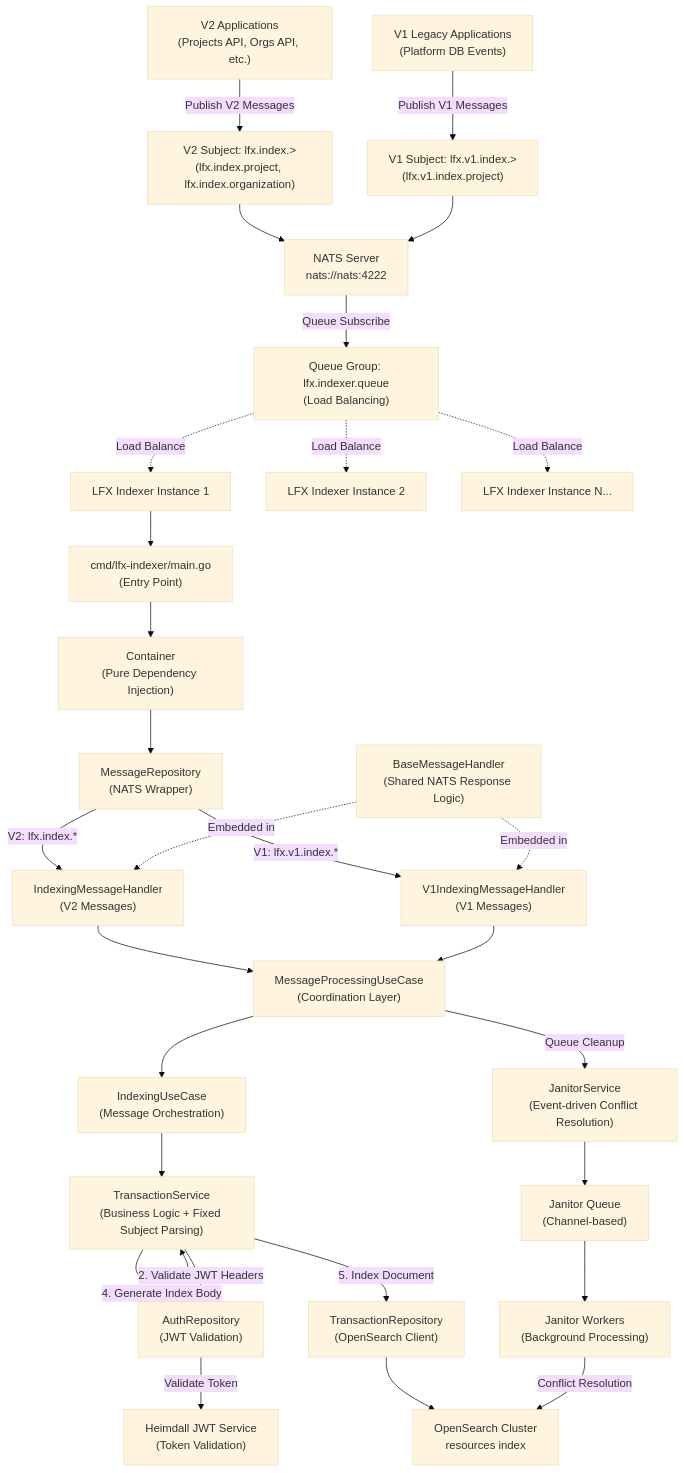
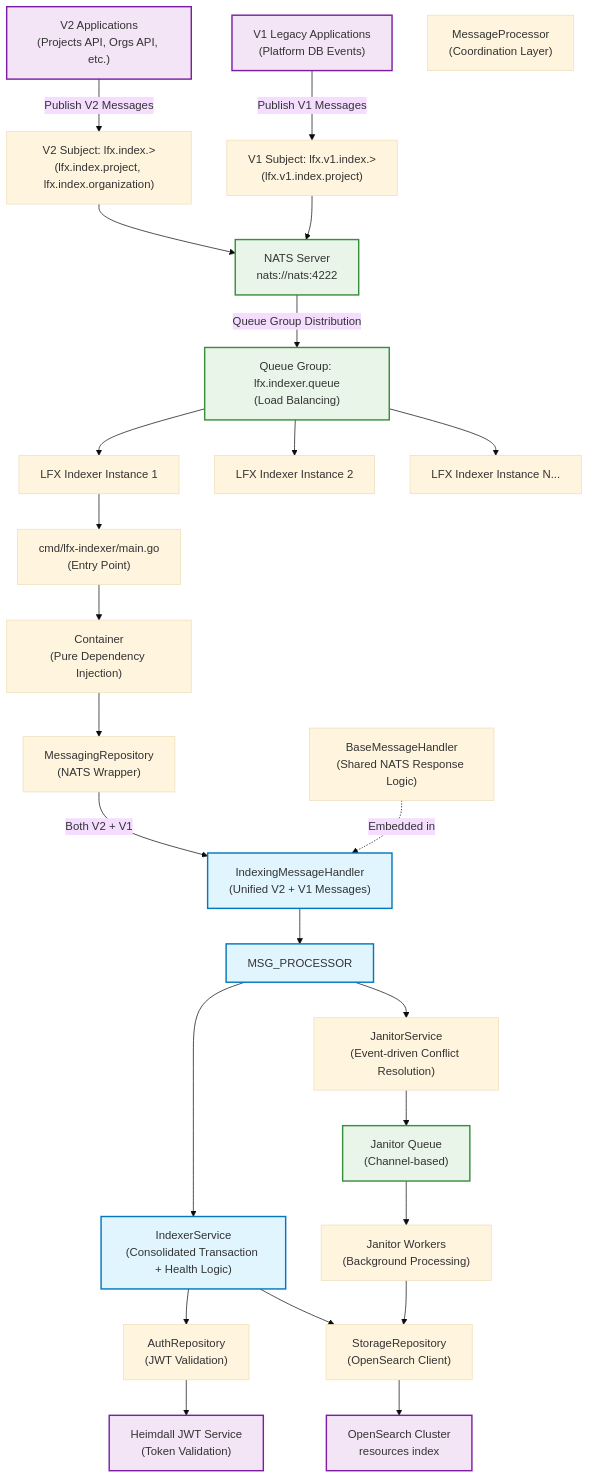
One commit to linuxfoundation/lfx-v2-indexer-service changed the first of 2 diagrams in README.md. Above: the diagram before and after it, drawn with Mermaid (base theme). The commit also changed other lines of this file and 51 other files, not shown here.

````diff
--- a/README.md
+++ b/README.md
@@ -131,23 +129,21 @@
     %% Clean Architecture Layers
     MAIN_GO["cmd/lfx-indexer/main.go<br/>(Entry Point)"]
     CONTAINER["Container<br/>(Pure Dependency Injection)"]
-    MSG_REPO["MessageRepository<br/>(NATS Wrapper)"]
+    MSG_REPO["MessagingRepository<br/>(NATS Wrapper)"]
     
     %% Presentation Layer
     BASE_HANDLER["BaseMessageHandler<br/>(Shared NATS Response Logic)"]
-    V2_HANDLER["IndexingMessageHandler<br/>(V2 Messages)"]
-    V1_HANDLER["V1IndexingMessageHandler<br/>(V1 Messages)"]
+    UNIFIED_HANDLER["IndexingMessageHandler<br/>(Unified V2 + V1 Messages)"]
     
-    %% Application Layer  
-    MSG_PROC_UC["MessageProcessingUseCase<br/>(Coordination Layer)"]
-    INDEXING_UC["IndexingUseCase<br/>(Message Orchestration)"]
+    %% Application Layer
+    INDEXING_UC["MessageProcessor<br/>(Coordination Layer)"]
     
-    %% Domain Layer
-    TRANSACTION_SVC["TransactionService<br/>(Business Logic + Fixed Subject Parsing)"]
+    %% Domain Layer (Consolidated)
+    INDEXER_SVC["IndexerService<br/>(Consolidated Transaction + Health Logic)"]
     AUTH_REPO["AuthRepository<br/>(JWT Validation)"]
     
     %% Infrastructure Layer
-    OPENSEARCH_REPO["TransactionRepository<br/>(OpenSearch Client)"]
+    STORAGE_REPO["StorageRepository<br/>(OpenSearch Client)"]
     OPENSEARCH["OpenSearch Cluster<br/>resources index"]
     
     %% Janitor System
@@ -165,46 +161,42 @@
     V2_SUBJECT --> NATS_SERVER
     V1_SUBJECT --> NATS_SERVER
     
-    NATS_SERVER -->|"Queue Subscribe"| QUEUE_GROUP
+    NATS_SERVER -->|"Queue Group Distribution"| QUEUE_GROUP
+    QUEUE_GROUP --> INSTANCE1
+    QUEUE_GROUP --> INSTANCE2  
+    QUEUE_GROUP --> INSTANCE3
     
-    %% Load Balancing
-    QUEUE_GROUP -.->|"Load Balance"| INSTANCE1
-    QUEUE_GROUP -.->|"Load Balance"| INSTANCE2
-    QUEUE_GROUP -.->|"Load Balance"| INSTANCE3
-    
-    %% Focus on single instance flow
+    %% Service Architecture Flow
     INSTANCE1 --> MAIN_GO
     MAIN_GO --> CONTAINER
     CONTAINER --> MSG_REPO
     
-    MSG_REPO -->|"V2: lfx.index.*"| V2_HANDLER
-    MSG_REPO -->|"V1: lfx.v1.index.*"| V1_HANDLER
+    MSG_REPO -->|"Both V2 + V1"| UNIFIED_HANDLER
     
-    %% BaseMessageHandler Composition
-    BASE_HANDLER -.->|"Embedded in"| V2_HANDLER
-    BASE_HANDLER -.->|"Embedded in"| V1_HANDLER
+    BASE_HANDLER -.->|"Embedded in"| UNIFIED_HANDLER
     
-    %% Application Layer Coordination
-    V2_HANDLER --> MSG_PROC_UC
-    V1_HANDLER --> MSG_PROC_UC
-    
-    MSG_PROC_UC --> INDEXING_UC
-    MSG_PROC_UC -->|"Queue Cleanup"| JANITOR_SVC
-    
-    INDEXING_UC --> TRANSACTION_SVC
-    
-    %% Business Logic Flow
-    TRANSACTION_SVC -->|"1. Fixed Subject Parsing (No Duplication)"| TRANSACTION_SVC
-    TRANSACTION_SVC -->|"2. Validate JWT Headers"| AUTH_REPO
-    AUTH_REPO -->|"Validate Token"| JWT_SERVICE
-    TRANSACTION_SVC -->|"3. Enrich Data"| TRANSACTION_SVC
-    TRANSACTION_SVC -->|"4. Generate Index Body"| TRANSACTION_SVC
-    TRANSACTION_SVC -->|"5. Index Document"| OPENSEARCH_REPO
-    
-    OPENSEARCH_REPO --> OPENSEARCH
+    %% Consolidated Processing Flow
+    UNIFIED_HANDLER --> MSG_PROCESSOR
+    MSG_PROCESSOR --> INDEXER_SVC
+    INDEXER_SVC --> AUTH_REPO
+    INDEXER_SVC --> STORAGE_REPO
+    STORAGE_REPO --> OPENSEARCH
     
     %% Janitor Integration
+    MSG_PROCESSOR --> JANITOR_SVC
     JANITOR_SVC --> JANITOR_QUEUE
     JANITOR_QUEUE --> JANITOR_WORKERS
-    JANITOR_WORKERS -->|"Conflict Resolution"| OPENSEARCH
+    JANITOR_WORKERS --> STORAGE_REPO
+    
+    %% External Dependencies
+    AUTH_REPO --> JWT_SERVICE
+    
+    %% Styling
+    classDef consolidated fill:#e1f5fe,stroke:#0277bd,stroke-width:2px
+    classDef external fill:#f3e5f5,stroke:#7b1fa2,stroke-width:2px
+    classDef infrastructure fill:#e8f5e8,stroke:#388e3c,stroke-width:2px
+    
+    class UNIFIED_HANDLER,MSG_PROCESSOR,INDEXER_SVC consolidated
+    class V2_APPS,V1_APPS,JWT_SERVICE,OPENSEARCH external
+    class NATS_SERVER,QUEUE_GROUP,JANITOR_QUEUE infrastructure
 ```
````
